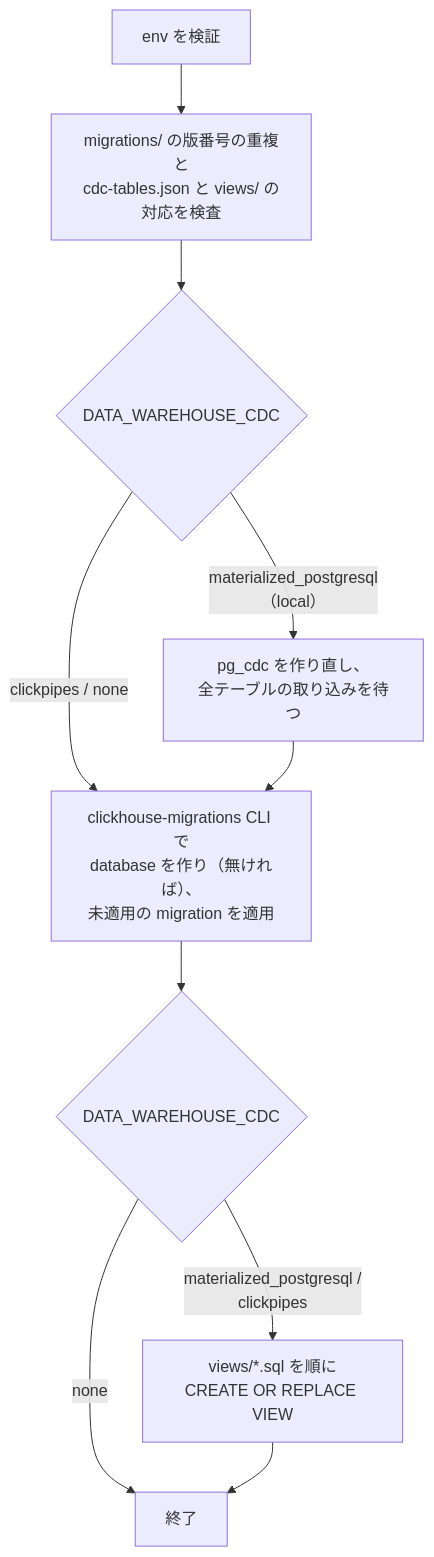
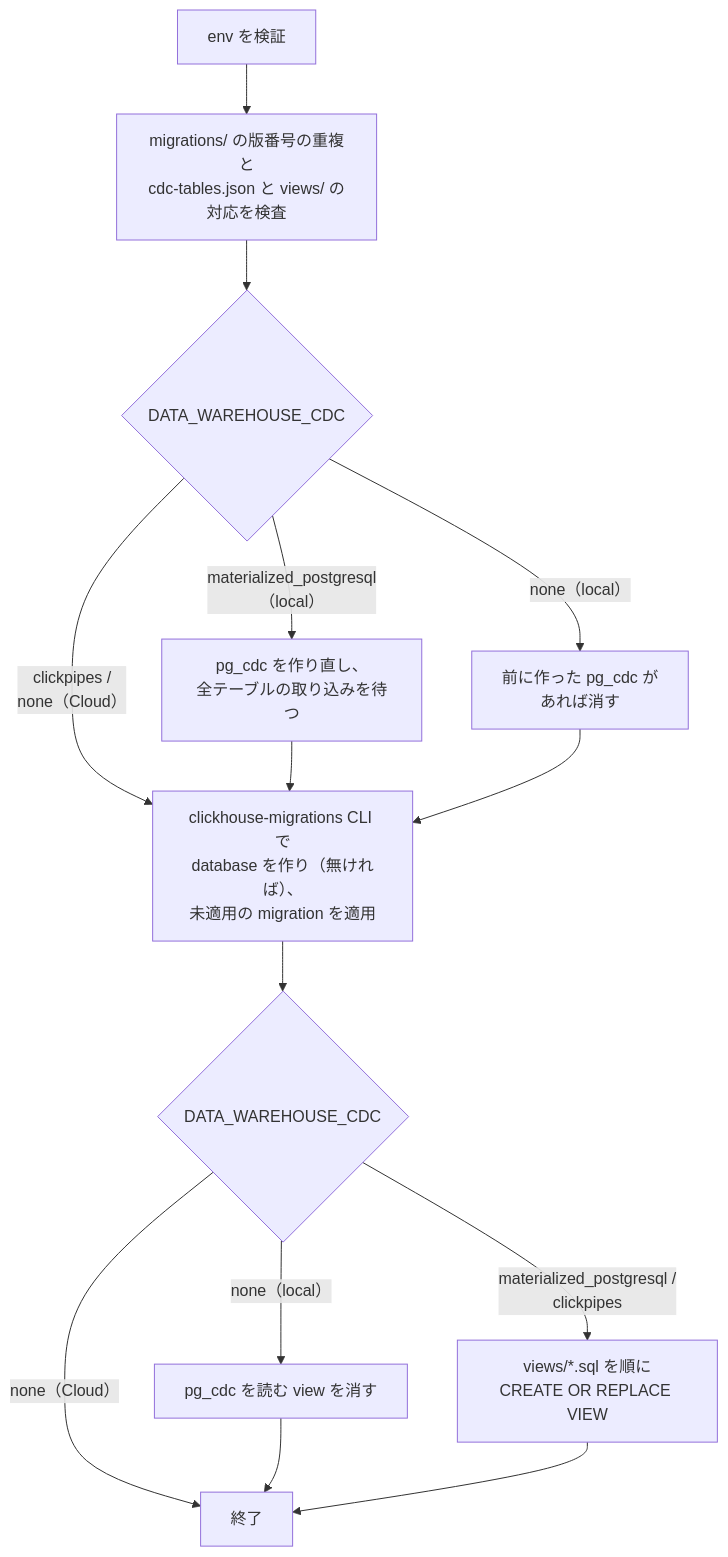
One commit to kentakki416/project-template changed the second of 5 diagrams in docs/spec/clickhouse-migration/README.md. Above: the diagram before and after it, drawn with Mermaid. The commit also changed other lines of this file and 7 other files, not shown here.

Commit message:
chore(data-warehouse): pr-review（#134）の指摘を直す（none でローカルに流したときも、pg_cdc が別プロジェクトのものなら作り直しと同じく何も消さずに止め、別プロジェクトの ClickHouse に database を作ったり view を消したりしない。設計書の使い方・処理の図・view の後片付けの原則と、setup の手順・env のコメントを、既定で CDC を作らない形に直す）

````diff
--- a/docs/spec/clickhouse-migration/README.md
+++ b/docs/spec/clickhouse-migration/README.md
@@ -221,12 +221,16 @@
 ```mermaid
 flowchart TD
     A[env を検証] --> B[migrations/ の版番号の重複と<br/>cdc-tables.json と views/ の対応を検査]
     B --> C{DATA_WAREHOUSE_CDC}
     C -- materialized_postgresql<br/>（local） --> D[pg_cdc を作り直し、<br/>全テーブルの取り込みを待つ]
-    C -- clickpipes / none --> F
+    C -- none（local） --> E[前に作った pg_cdc が<br/>あれば消す]
+    C -- clickpipes /<br/>none（Cloud） --> F
     D --> F[clickhouse-migrations CLI で<br/>database を作り（無ければ）、<br/>未適用の migration を適用]
+    E --> F
     F --> G{DATA_WAREHOUSE_CDC}
-    G -- none --> Z[終了]
+    G -- none（local） --> Y[pg_cdc を読む view を消す]
+    G -- none（Cloud） --> Z[終了]
+    Y --> Z
     G -- materialized_postgresql /<br/>clickpipes --> H[views/*.sql を順に<br/>CREATE OR REPLACE VIEW]
     H --> Z
 ```
````
